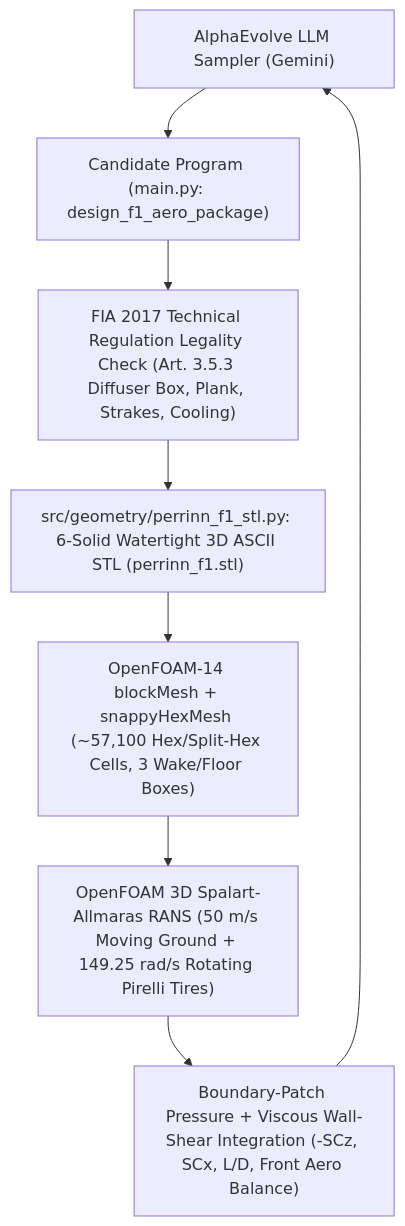
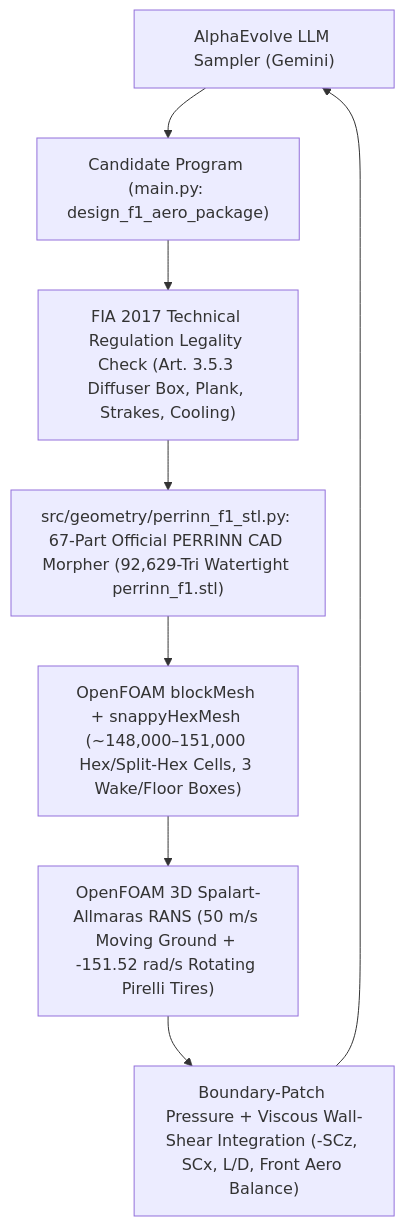
One commit to WyattGorman/scientific-computing-examples changed the diagram in alphaevolve-hpc/user_examples/f1_racecar_openfoam/README.md. Above: the diagram before and after it, drawn with Mermaid. The commit also changed other lines of this file and 10 other files, not shown here.

Commit message:
Use official 67-part PERRINN 2017 F1 Onshape CAD for 3,000-iteration OpenFOAM RANS evolution & 4K visuals

````diff
--- a/alphaevolve-hpc/user_examples/f1_racecar_openfoam/README.md
+++ b/alphaevolve-hpc/user_examples/f1_racecar_openfoam/README.md
@@ -14,10 +14,10 @@
 ```mermaid
 graph TD
     A["AlphaEvolve LLM Sampler (Gemini)"] --> B["Candidate Program (main.py: design_f1_aero_package)"]
     B --> C["FIA 2017 Technical Regulation Legality Check (Art. 3.5.3 Diffuser Box, Plank, Strakes, Cooling)"]
-    C --> D["src/geometry/perrinn_f1_stl.py: 6-Solid Watertight 3D ASCII STL (perrinn_f1.stl)"]
-    D --> E["OpenFOAM-14 blockMesh + snappyHexMesh (~57,100 Hex/Split-Hex Cells, 3 Wake/Floor Boxes)"]
-    E --> F["OpenFOAM 3D Spalart-Allmaras RANS (50 m/s Moving Ground + 149.25 rad/s Rotating Pirelli Tires)"]
+    C --> D["src/geometry/perrinn_f1_stl.py: 67-Part Official PERRINN CAD Morpher (92,629-Tri Watertight perrinn_f1.stl)"]
+    D --> E["OpenFOAM blockMesh + snappyHexMesh (~148,000–151,000 Hex/Split-Hex Cells, 3 Wake/Floor Boxes)"]
+    E --> F["OpenFOAM 3D Spalart-Allmaras RANS (50 m/s Moving Ground + -151.52 rad/s Rotating Pirelli Tires)"]
     F --> G["Boundary-Patch Pressure + Viscous Wall-Shear Integration (-SCz, SCx, L/D, Front Aero Balance)"]
     G --> A
 ```
````
